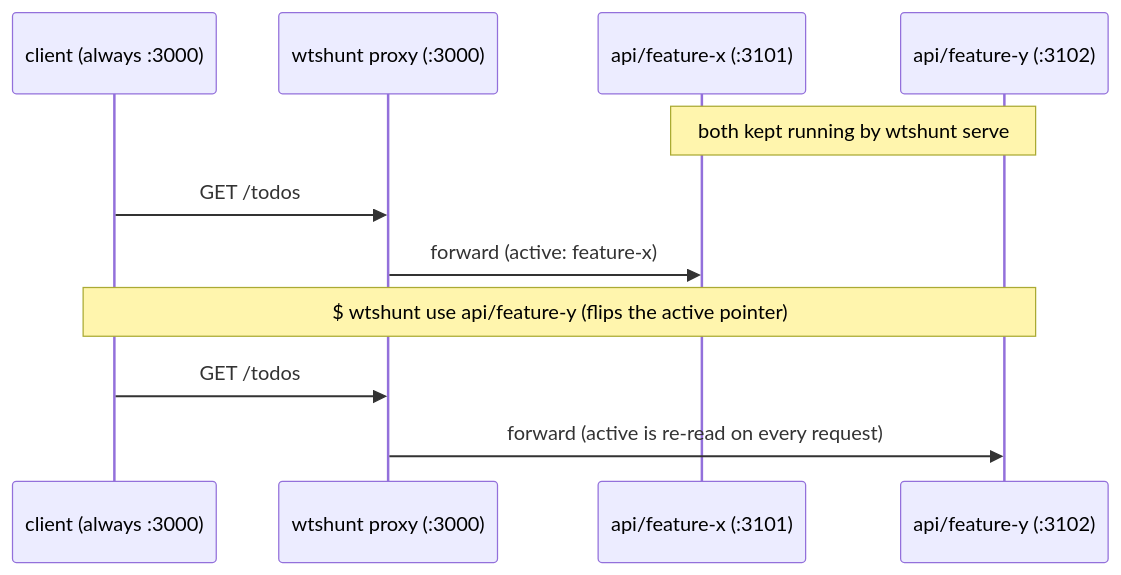
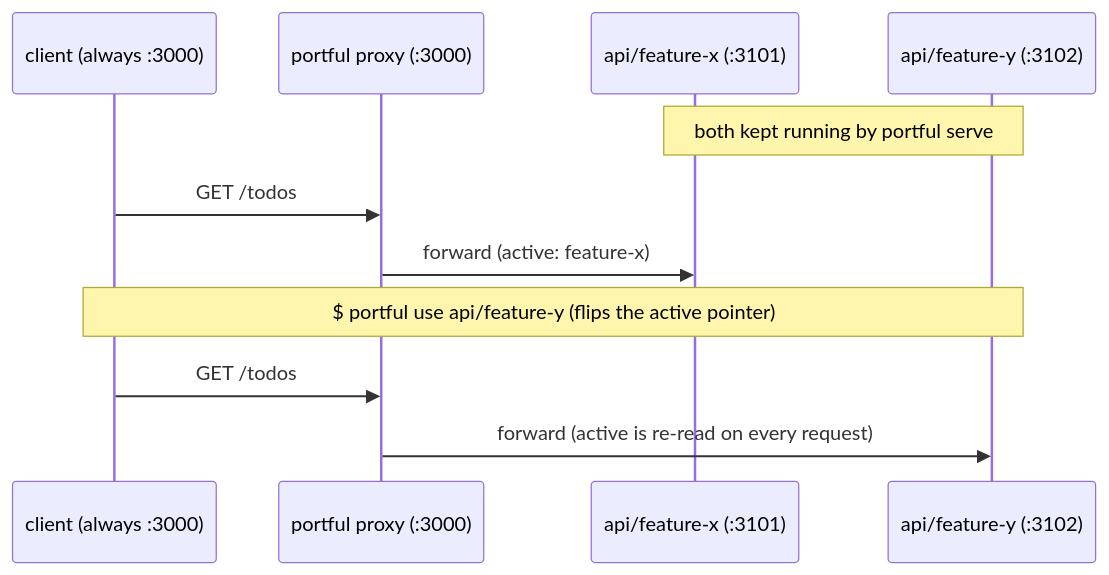
The diagram in README.md (meganemura/portful), drawn with Mermaid before and after one commit. The commit also changed other lines of this file and 4 other files, not shown here.

First line of the commit message:
Rewrite both READMEs for portful

````diff
--- a/README.md
+++ b/README.md
@@ -80,13 +144,13 @@
 ```mermaid
 sequenceDiagram
     participant C as client (always :3000)
-    participant P as wtshunt proxy (:3000)
+    participant P as portful proxy (:3000)
     participant X as api/feature-x (:3101)
     participant Y as api/feature-y (:3102)
-    Note over X,Y: both kept running by wtshunt serve
+    Note over X,Y: both kept running by portful serve
     C->>P: GET /todos
     P->>X: forward (active: feature-x)
-    Note over C,Y: $ wtshunt use api/feature-y (flips the active pointer)
+    Note over C,Y: $ portful use api/feature-y (flips the active pointer)
     C->>P: GET /todos
     P->>Y: forward (active is re-read on every request)
 ```
````
